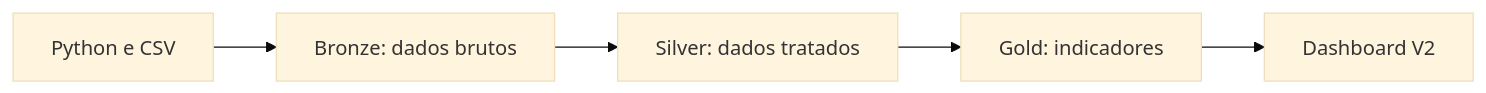
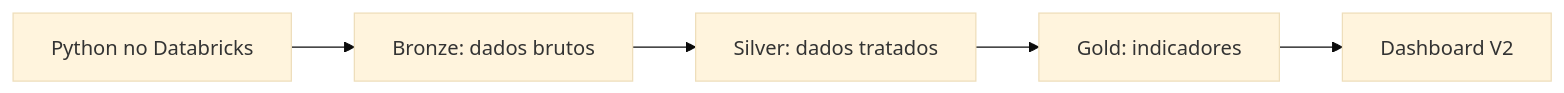
The diagram in v2-databricks/README.md (JhonnyGama/Dashboard-de-Atividades-Cont-beis-YOY-2023-2024-), drawn with Mermaid (base theme) before and after one commit. The commit also changed other lines of this file and 2 other files, not shown here.

First line of the commit message:
fix: corrige fluxo da V2 sem CSV intermediário

````diff
--- a/v2-databricks/README.md
+++ b/v2-databricks/README.md
@@ -20,7 +20,7 @@
 ```mermaid
 flowchart LR
-    A[Python e CSV] --> B[Bronze: dados brutos]
+    A[Python no Databricks] --> B[Bronze: dados brutos]
     B --> C[Silver: dados tratados]
     C --> D[Gold: indicadores]
     D --> E[Dashboard V2]
 ```
````
